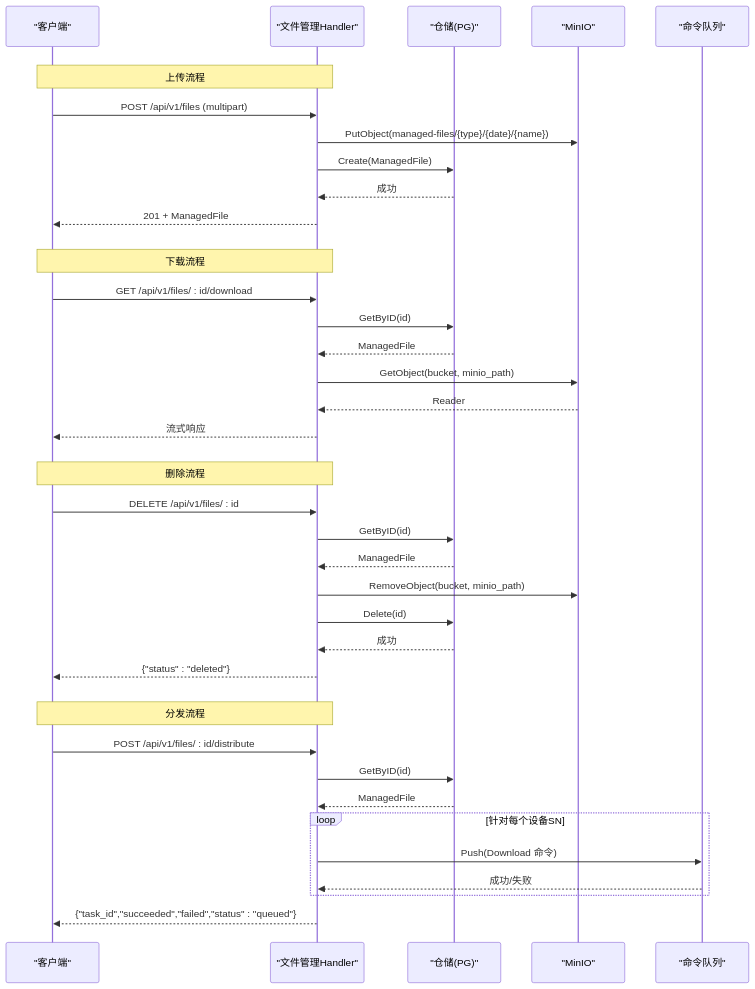
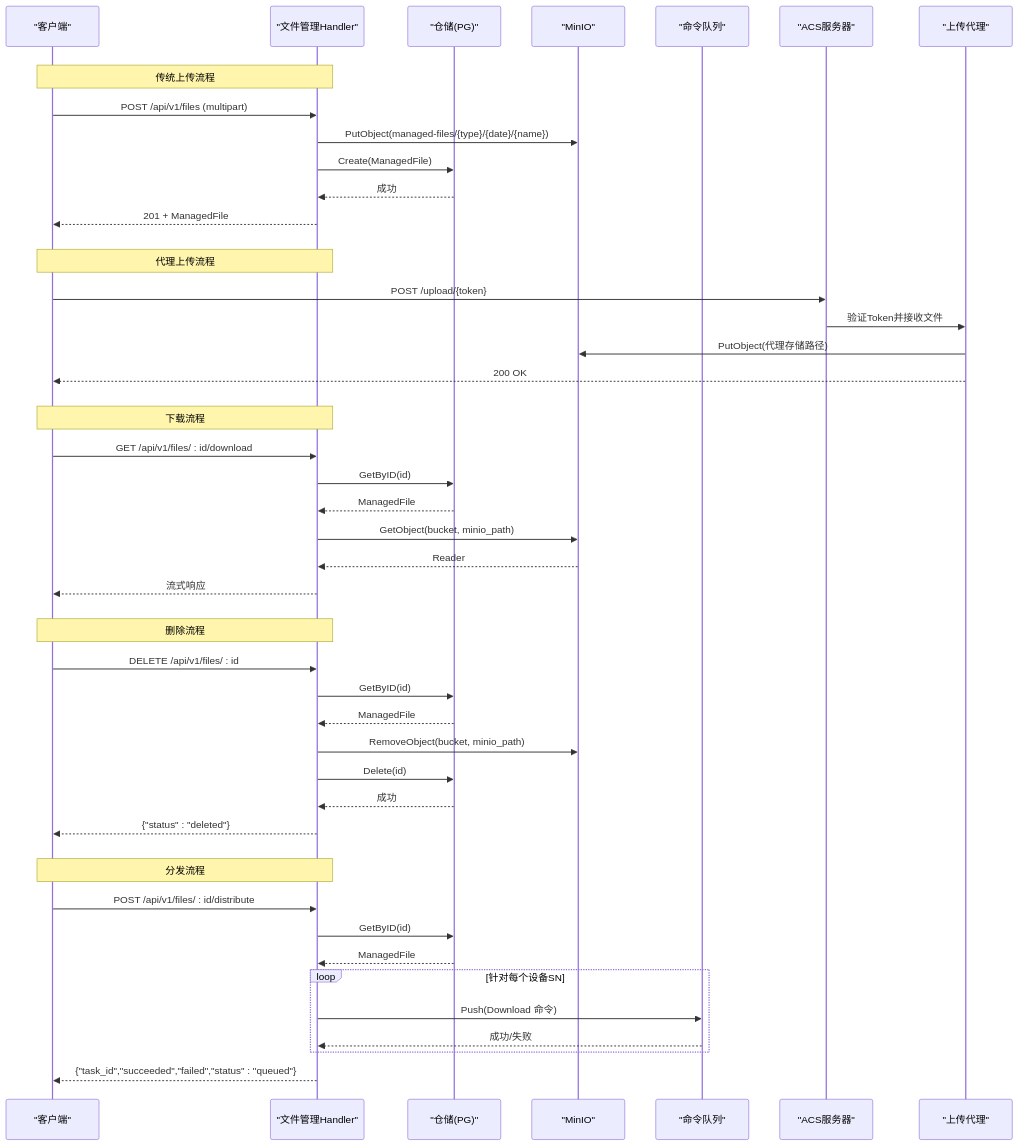
Before and after one commit to bixinhaner/xomc: the second of 9 diagrams in .qoder/repowiki/zh/content/核心模块/文件管理模块/文件管理模块.md, drawn with Mermaid. The commit also changed other lines of this file and 4 other files, not shown here.

````diff
--- a/.qoder/repowiki/zh/content/核心模块/文件管理模块/文件管理模块.md
+++ b/.qoder/repowiki/zh/content/核心模块/文件管理模块/文件管理模块.md
@@ -91,46 +112,55 @@
 ```mermaid
 sequenceDiagram
 participant Client as "客户端"
 participant Handler as "文件管理Handler"
 participant Repo as "仓储(PG)"
 participant MinIO as "MinIO"
 participant CmdQ as "命令队列"
+participant ACS as "ACS服务器"
+participant Proxy as "上传代理"
 rect rgb(255,255,255)
-Note over Client,Handler : 上传流程
+Note over Client,Handler : 传统上传流程
 Client->>Handler : POST /api/v1/files (multipart)
 Handler->>MinIO : PutObject(managed-files/{type}/{date}/{name})
 Handler->>Repo : Create(ManagedFile)
 Repo-->>Handler : 成功
 Handler-->>Client : 201 + ManagedFile
+end
+rect rgb(255,255,255)
+Note over Client,Handler : 代理上传流程
+Client->>ACS : POST /upload/{token}
+ACS->>Proxy : 验证Token并接收文件
+Proxy->>MinIO : PutObject(代理存储路径)
+Proxy-->>Client : 200 OK
 end
 rect rgb(255,255,255)
 Note over Client,Handler : 下载流程
 Client->>Handler : GET /api/v1/files/ : id/download
 Handler->>Repo : GetByID(id)
 Repo-->>Handler : ManagedFile
 Handler->>MinIO : GetObject(bucket, minio_path)
 MinIO-->>Handler : Reader
 Handler-->>Client : 流式响应
 end
 rect rgb(255,255,255)
 Note over Client,Handler : 删除流程
 Client->>Handler : DELETE /api/v1/files/ : id
 Handler->>Repo : GetByID(id)
 Repo-->>Handler : ManagedFile
 Handler->>MinIO : RemoveObject(bucket, minio_path)
 Handler->>Repo : Delete(id)
 Repo-->>Handler : 成功
 Handler-->>Client : {"status" : "deleted"}
 end
 rect rgb(255,255,255)
 Note over Client,Handler : 分发流程
 Client->>Handler : POST /api/v1/files/ : id/distribute
 Handler->>Repo : GetByID(id)
 Repo-->>Handler : ManagedFile
 loop 针对每个设备SN
 Handler->>CmdQ : Push(Download 命令)
 CmdQ-->>Handler : 成功/失败
 end
 Handler-->>Client : {"task_id","succeeded","failed","status" : "queued"}
 end
 ```
````
